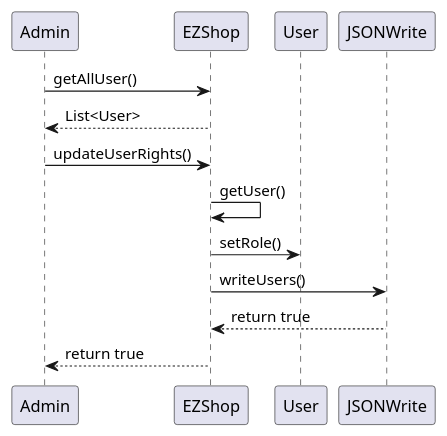
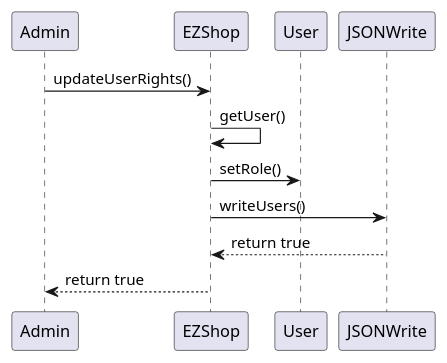
Before and after one commit to giuseppesalvi/ezshop: the eighth of 15 diagrams in Deliverables/DesignDocument.md, drawn with PlantUML. The commit also changed other lines of this file, not shown here.

Commit message:
Update DesignDocument.md minor fix

````diff
--- a/Deliverables/DesignDocument.md
+++ b/Deliverables/DesignDocument.md
@@ -376,16 +374,14 @@
 ```plantuml
 @startuml
 participant Admin
 participant EZShop
 participant User
 participant JSONWrite
-Admin -> EZShop : getAllUser()
-Admin <-- EZShop : List<User>
 Admin -> EZShop : updateUserRights()
 EZShop -> EZShop : getUser()
 EZShop -> User : setRole()
 EZShop -> JSONWrite : writeUsers()
 EZShop <-- JSONWrite : return true
 Admin <-- EZShop : return true
 @enduml
 ```
````
